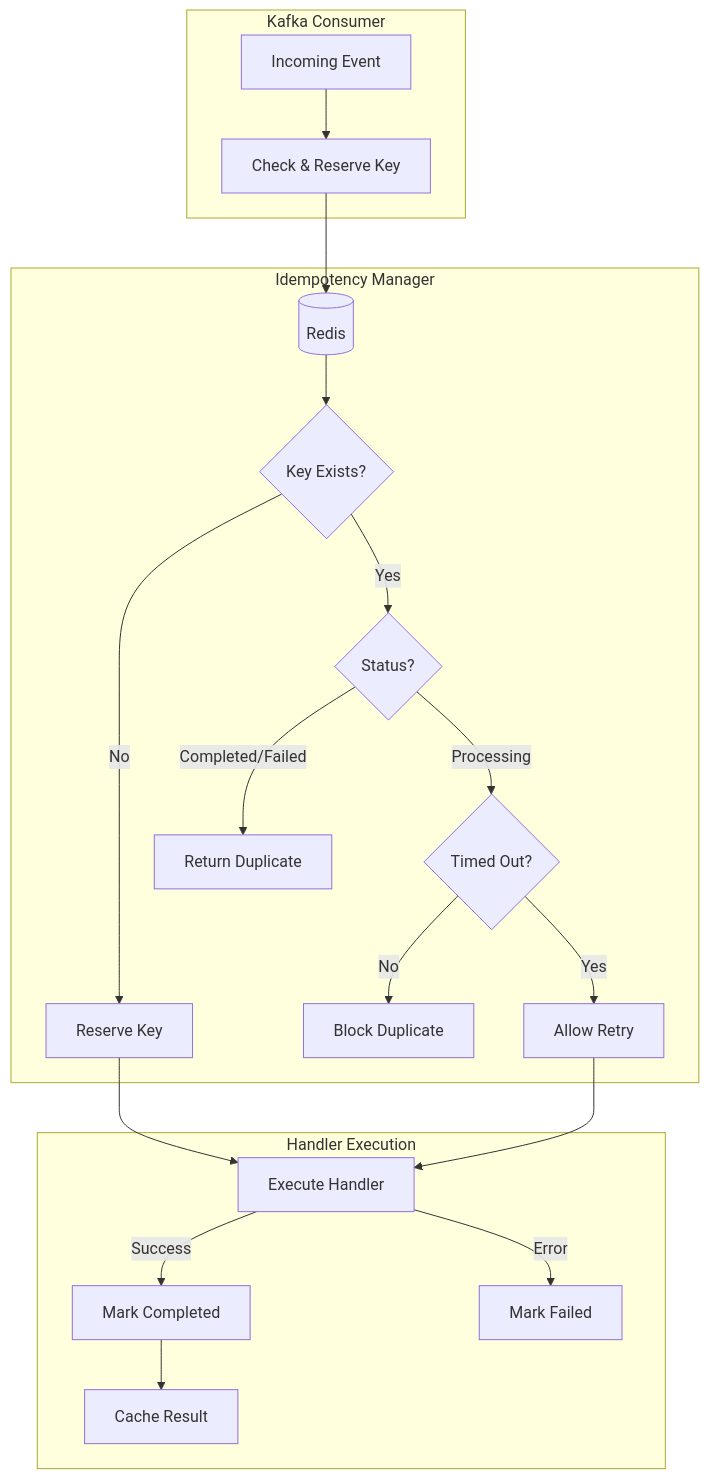
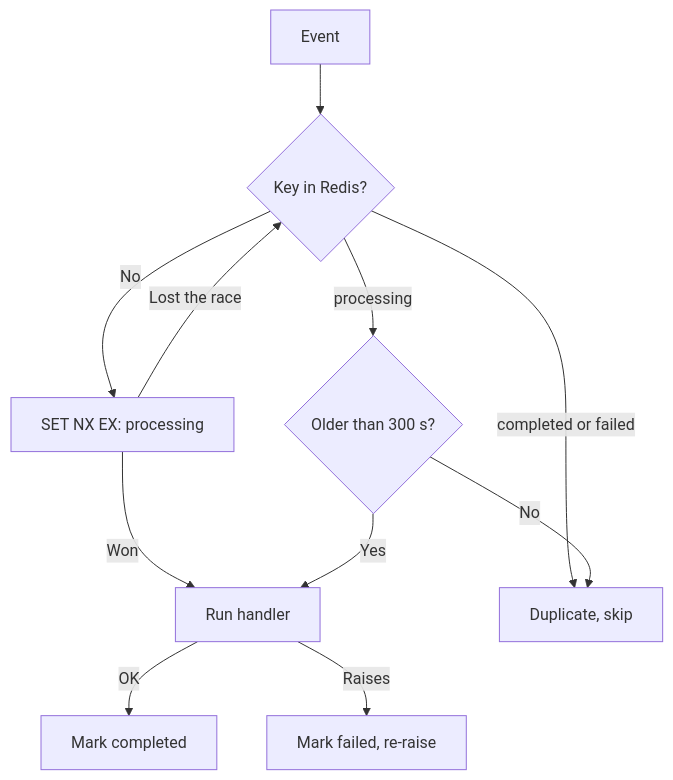
Before and after one commit to HardMax71/Integr8sCode: the diagram in docs/architecture/idempotency.md, drawn with Mermaid. The commit also changed other lines of this file and 304 other files, not shown here.

````diff
--- a/docs/architecture/idempotency.md
+++ b/docs/architecture/idempotency.md
@@ -9,25 +28,13 @@
 ```mermaid
 flowchart TB
-    subgraph Kafka Consumer
-        MSG[Incoming Event] --> CHECK[Check & Reserve Key]
-    end
-
-    subgraph Idempotency Manager
-        CHECK --> REDIS[(Redis)]
-        REDIS --> FOUND{Key Exists?}
-        FOUND -->|Yes| STATUS{Status?}
-        STATUS -->|Processing| TIMEOUT{Timed Out?}
-        STATUS -->|Completed/Failed| DUP[Return Duplicate]
-        TIMEOUT -->|Yes| RETRY[Allow Retry]
-        TIMEOUT -->|No| WAIT[Block Duplicate]
-        FOUND -->|No| RESERVE[Reserve Key]
-    end
-
-    subgraph Handler Execution
-        RESERVE --> HANDLER[Execute Handler]
-        RETRY --> HANDLER
-        HANDLER -->|Success| COMPLETE[Mark Completed]
-        HANDLER -->|Error| FAIL[Mark Failed]
-        COMPLETE --> CACHE[Cache Result]
-    end
+    IN[Event] --> GET{Key in Redis?}
+    GET -->|No| NX[SET NX EX: processing]
+    NX -->|Won| RUN[Run handler]
+    NX -->|Lost the race| GET
+    GET -->|completed or failed| DUP[Duplicate, skip]
+    GET -->|processing| AGE{Older than 300 s?}
+    AGE -->|No| DUP
+    AGE -->|Yes| RUN
+    RUN -->|OK| DONE[Mark completed]
+    RUN -->|Raises| FAIL[Mark failed, re-raise]
 ```
````
